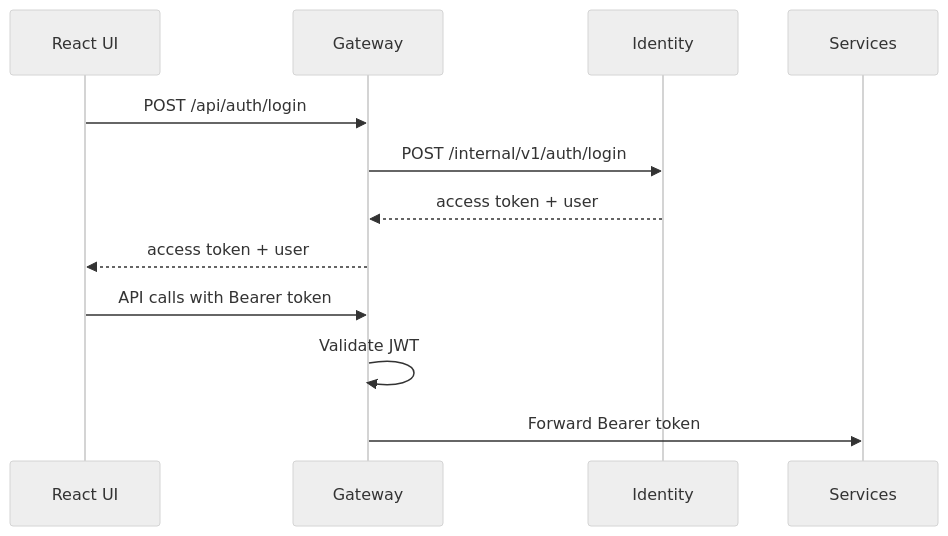
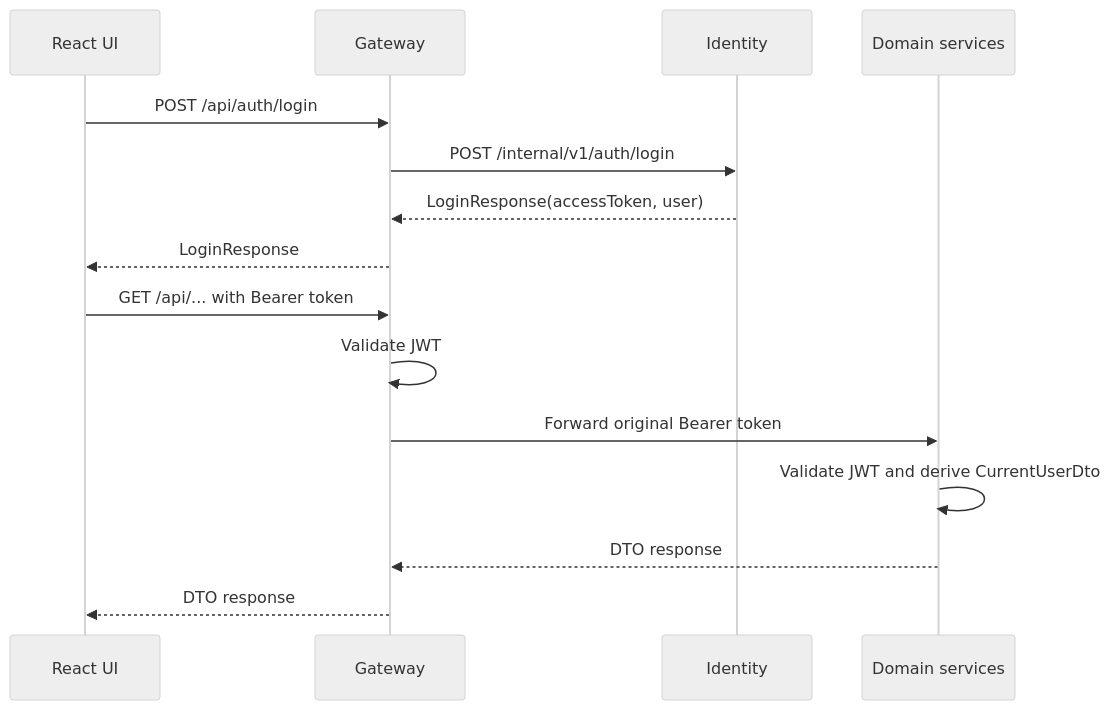
Before and after one commit to dhalavach/alpha-scada: the second of 6 diagrams in docs/system-overview.md, drawn with Mermaid (neutral theme). The commit also changed other lines of this file and 9 other files, not shown here.

Commit message:
Update architecture documentation and diagrams

````diff
--- a/docs/system-overview.md
+++ b/docs/system-overview.md
@@ -144,14 +396,18 @@
 ```mermaid
 sequenceDiagram
     participant UI as React UI
     participant GW as Gateway
     participant ID as Identity
+    participant S as Domain services
 
     UI->>GW: POST /api/auth/login
     GW->>ID: POST /internal/v1/auth/login
-    ID-->>GW: access token + user
-    GW-->>UI: access token + user
-    UI->>GW: API calls with Bearer token
+    ID-->>GW: LoginResponse(accessToken, user)
+    GW-->>UI: LoginResponse
+    UI->>GW: GET /api/... with Bearer token
     GW->>GW: Validate JWT
-    GW->>Services: Forward Bearer token
+    GW->>S: Forward original Bearer token
+    S->>S: Validate JWT and derive CurrentUserDto
+    S-->>GW: DTO response
+    GW-->>UI: DTO response
 ```
````
